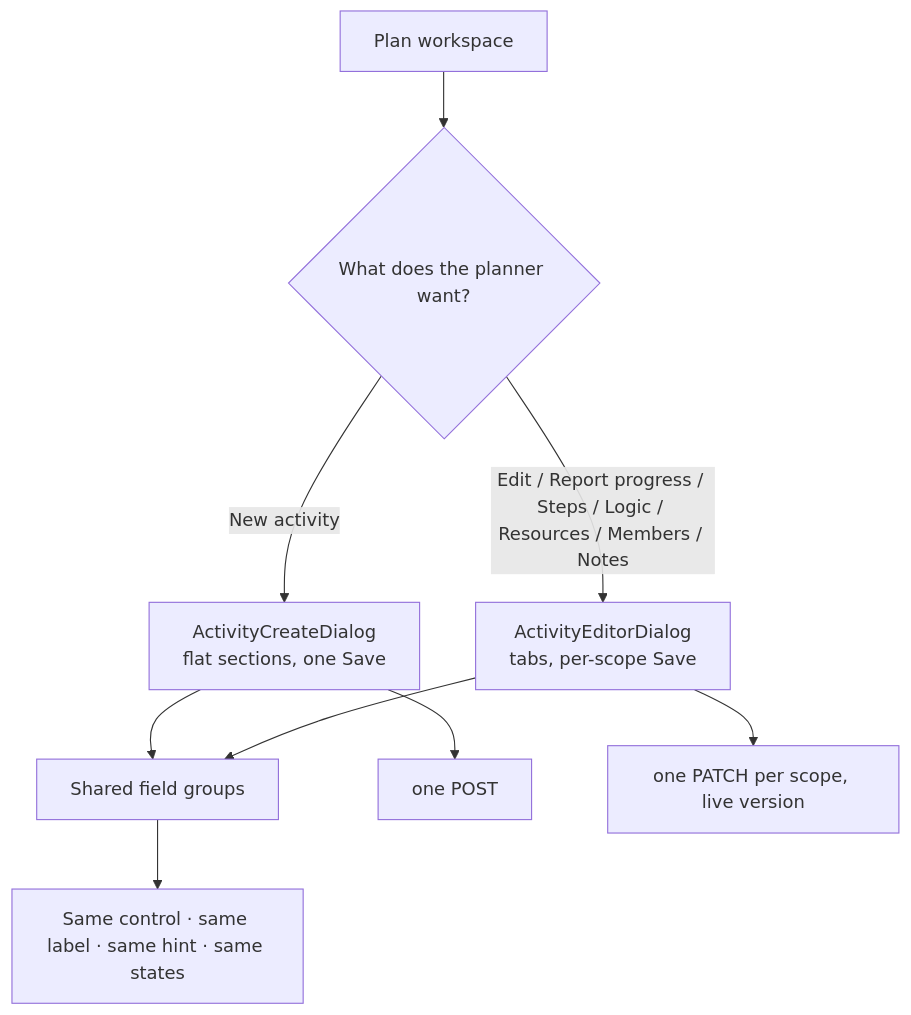
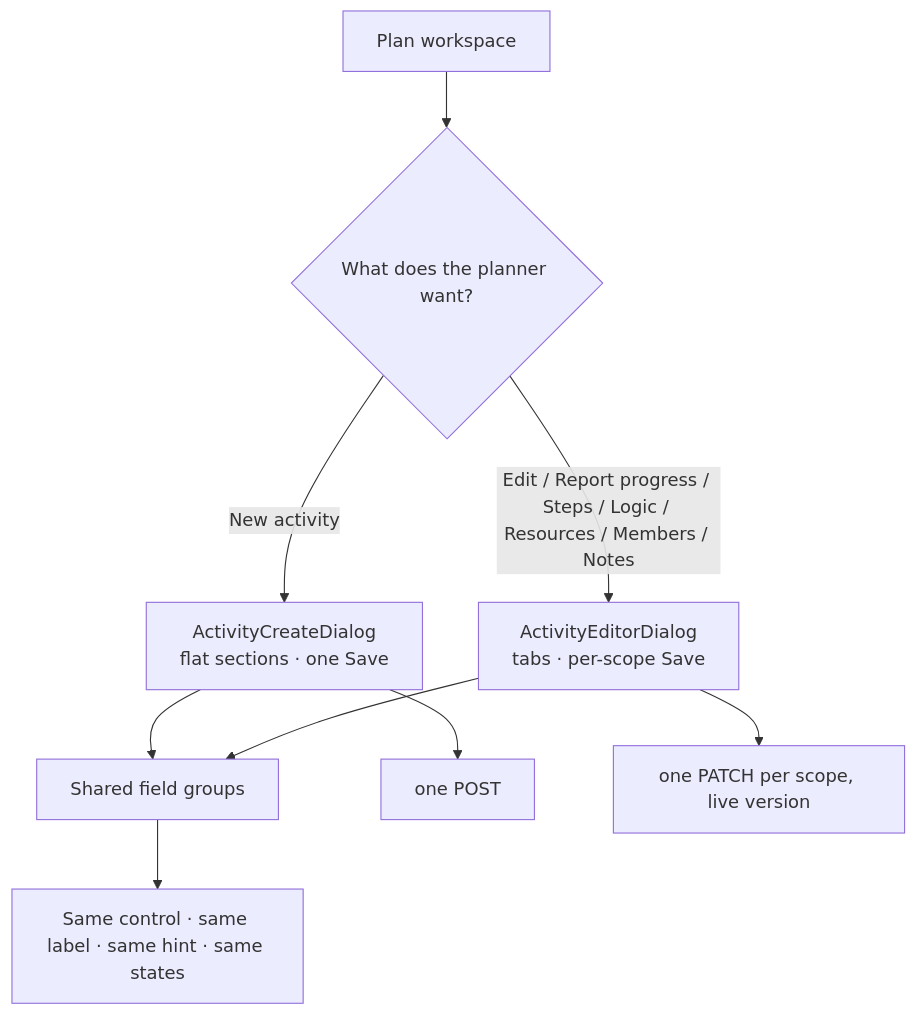
The third of 3 diagrams in docs/specs/activity-dialog-unification/feature-spec.md (HuttonHomeHub/SchedulePoint_1), drawn with Mermaid before and after one commit. The commit also changed other lines of this file and 1 other file, not shown here.

First line of the commit message:
docs(repo): revise the dialog-unification plan against the architecture review

````diff
--- a/docs/specs/activity-dialog-unification/feature-spec.md
+++ b/docs/specs/activity-dialog-unification/feature-spec.md
@@ -620,11 +753,11 @@
 ```mermaid
 flowchart TD
   A["Plan workspace"] --> B{"What does the planner want?"}
-  B -->|"New activity"| C["ActivityCreateDialog<br/>flat sections, one Save"]
-  B -->|"Edit / Report progress / Steps / Logic / Resources / Members / Notes"| D["ActivityEditorDialog<br/>tabs, per-scope Save"]
+  B -->|"New activity"| C["ActivityCreateDialog<br/>flat sections · one Save"]
+  B -->|"Edit / Report progress / Steps / Logic / Resources / Members / Notes"| D["ActivityEditorDialog<br/>tabs · per-scope Save"]
   C --> E["Shared field groups"]
   D --> E
   E --> F["Same control · same label · same hint · same states"]
   C --> G["one POST"]
   D --> H["one PATCH per scope, live version"]
 ```
````
